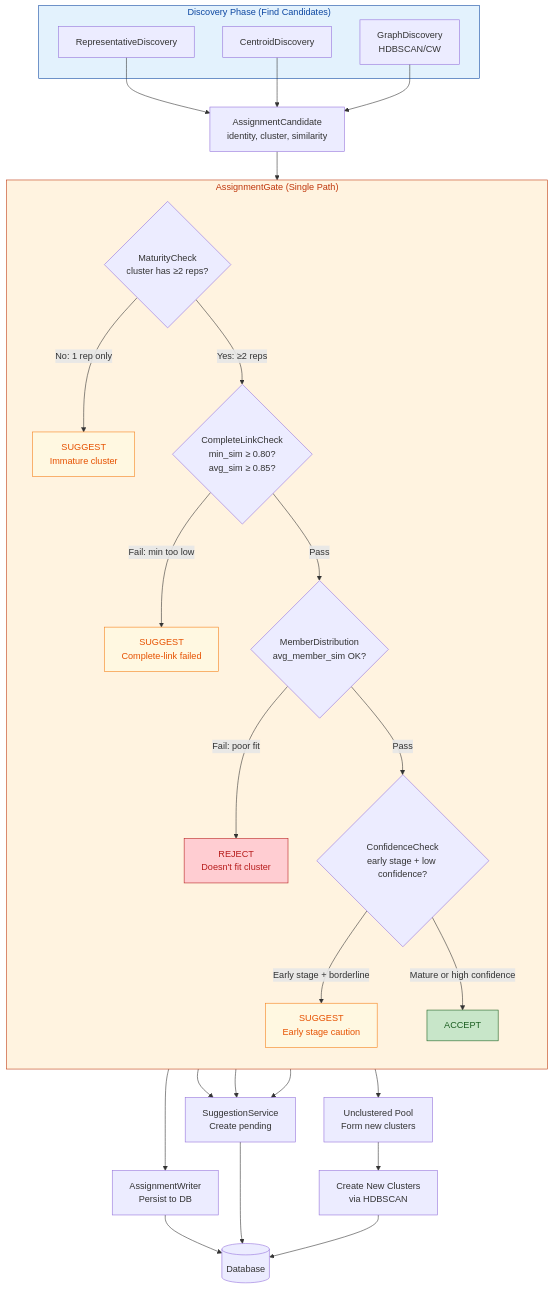
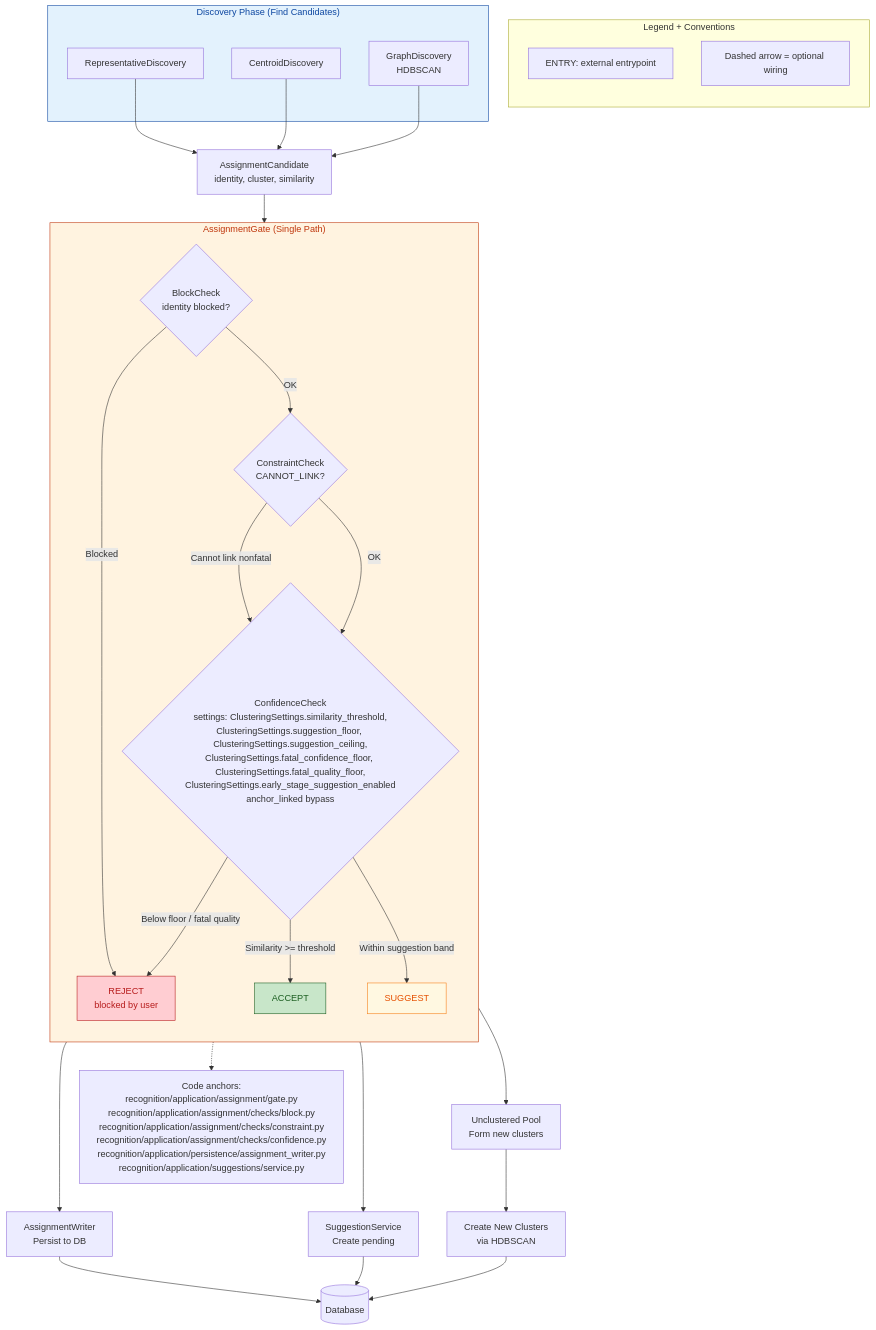
Before and after one commit to darce/context-alt-text-monorepo: the diagram in docs/architecture/backend-uml/components/assignment-gate.mmd, drawn with Mermaid. The commit also changed 31 other files, not shown here.

Commit message:
docs(architecture): update backend UML diagrams and API contracts

```diff
--- a/docs/architecture/backend-uml/components/assignment-gate.mmd
+++ b/docs/architecture/backend-uml/components/assignment-gate.mmd
@@ -1,55 +1,57 @@
 flowchart TD
+    subgraph Legend["Legend + Conventions"]
+        direction TB
+        LegendEntry["ENTRY: external entrypoint"]
+        LegendOptional["Dashed arrow = optional wiring"]
+    end
+
     subgraph Discovery["Discovery Phase (Find Candidates)"]
         RD[RepresentativeDiscovery]
         CD[CentroidDiscovery]
-        GD[GraphDiscovery<br/>HDBSCAN/CW]
+        GD[GraphDiscovery<br/>HDBSCAN]
     end
     
     RD --> Candidates
     CD --> Candidates
     GD --> Candidates
     
     Candidates[AssignmentCandidate<br/>identity, cluster, similarity]
     
     Candidates --> Gate
     
     subgraph Gate["AssignmentGate (Single Path)"]
         direction TB
-        
-        MC{MaturityCheck<br/>cluster has ≥2 reps?}
-        CLC{CompleteLinkCheck<br/>min_sim ≥ 0.80?<br/>avg_sim ≥ 0.85?}
-        MDC{MemberDistribution<br/>avg_member_sim OK?}
-        CC{ConfidenceCheck<br/>early stage + low confidence?}
-        
-        MC -->|No: 1 rep only| SuggestM[SUGGEST<br/>Immature cluster]
-        MC -->|Yes: ≥2 reps| CLC
-        
-        CLC -->|Fail: min too low| SuggestCL[SUGGEST<br/>Complete-link failed]
-        CLC -->|Pass| MDC
-        
-        MDC -->|Fail: poor fit| Reject[REJECT<br/>Doesn't fit cluster]
-        MDC -->|Pass| CC
-        
-        CC -->|Early stage + borderline| SuggestCC[SUGGEST<br/>Early stage caution]
-        CC -->|Mature or high confidence| Accept[ACCEPT]
+
+        BC{BlockCheck<br/>identity blocked?}
+        CON{ConstraintCheck<br/>CANNOT_LINK?}
+        CONF{ConfidenceCheck<br/>settings: ClusteringSettings.similarity_threshold,<br/>ClusteringSettings.suggestion_floor, ClusteringSettings.suggestion_ceiling,<br/>ClusteringSettings.fatal_confidence_floor, ClusteringSettings.fatal_quality_floor,<br/>ClusteringSettings.early_stage_suggestion_enabled<br/>anchor_linked bypass}
+
+        BC -->|Blocked| Reject[REJECT<br/>blocked by user]
+        BC -->|OK| CON
+
+        CON -->|Cannot link nonfatal| CONF
+        CON -->|OK| CONF
+
+        CONF -->|Similarity >= threshold| Accept[ACCEPT]
+        CONF -->|Within suggestion band| Suggest[SUGGEST]
+        CONF -->|Below floor / fatal quality| Reject
     end
-    
+
     Accept --> Writer[AssignmentWriter<br/>Persist to DB]
-    SuggestM --> Sugg[SuggestionService<br/>Create pending]
-    SuggestCL --> Sugg
-    SuggestCC --> Sugg
+    Suggest --> Sugg[SuggestionService<br/>Create pending]
     Reject --> Pool[Unclustered Pool<br/>Form new clusters]
     
     Writer --> DB[(Database)]
     Sugg --> DB
     Pool --> NewClusters[Create New Clusters<br/>via HDBSCAN]
     NewClusters --> DB
+
+    GateCode["Code anchors:\nrecognition/application/assignment/gate.py\nrecognition/application/assignment/checks/block.py\nrecognition/application/assignment/checks/constraint.py\nrecognition/application/assignment/checks/confidence.py\nrecognition/application/persistence/assignment_writer.py\nrecognition/application/suggestions/service.py"]
+    Gate -.-> GateCode
     
     %% Styling (WCAG AA compliant - 4.5:1 text contrast, 3:1 graphical contrast)
     style Gate fill:#fff3e0,stroke:#bf360c,color:#bf360c
     style Accept fill:#c8e6c9,stroke:#1b5e20,color:#1b5e20
     style Reject fill:#ffcdd2,stroke:#b71c1c,color:#b71c1c
-    style SuggestM fill:#fff8e1,stroke:#f57f17,color:#e65100
-    style SuggestCL fill:#fff8e1,stroke:#f57f17,color:#e65100
-    style SuggestCC fill:#fff8e1,stroke:#f57f17,color:#e65100
+    style Suggest fill:#fff8e1,stroke:#f57f17,color:#e65100
     style Discovery fill:#e3f2fd,stroke:#0d47a1,color:#0d47a1
```
